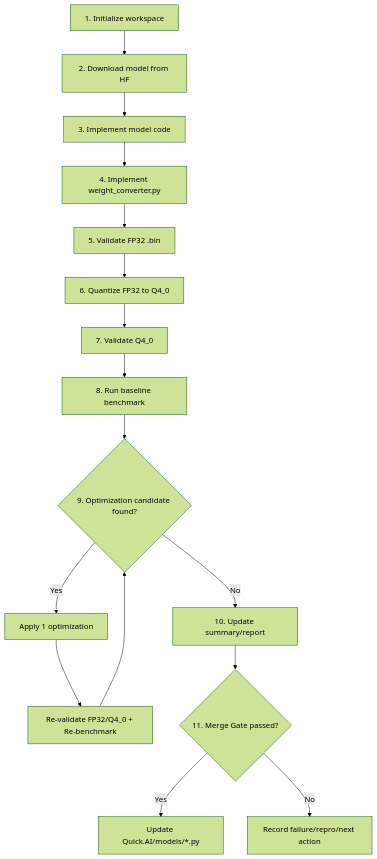
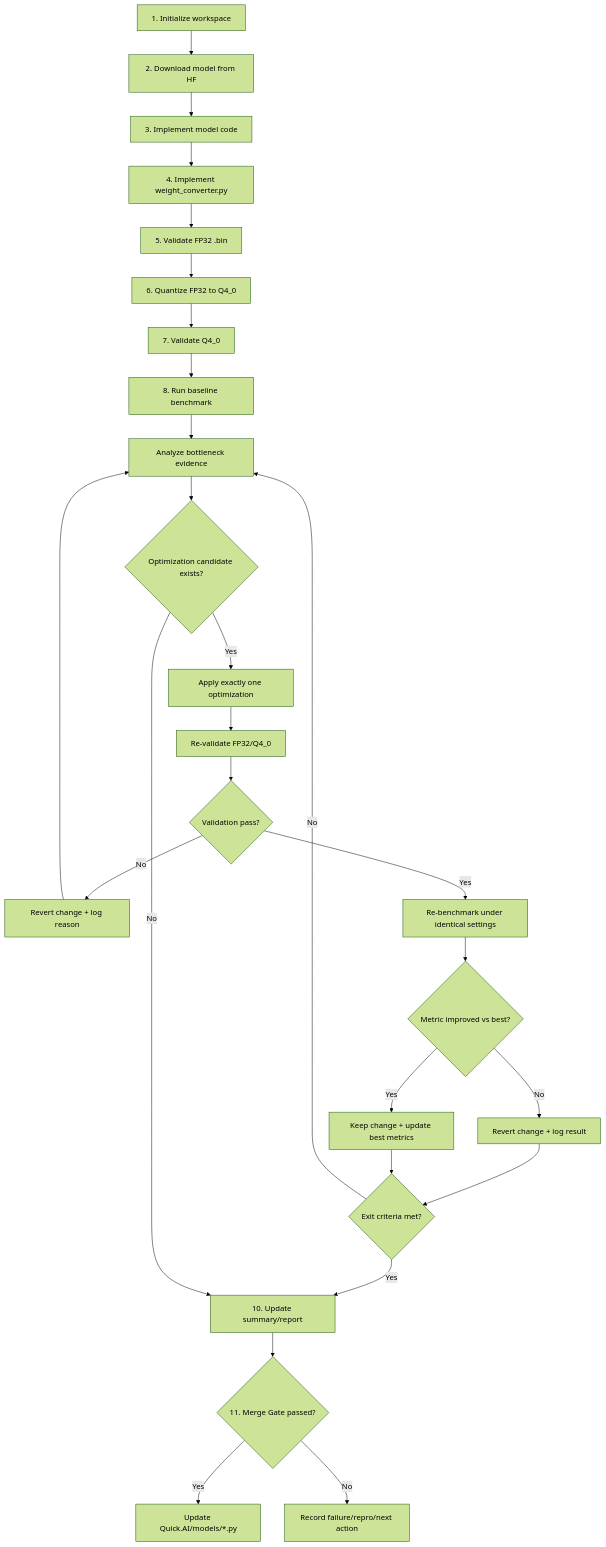
Before and after one commit to Jungwon-Lee/Quick.AI: the diagram in tools/model_onboarding_agent/AGENT_ROLE.md, drawn with Mermaid (forest theme). The commit also changed 1 other file, not shown here.

Commit message:
Update workflow visualization with detailed optimization loop

````diff
--- a/tools/model_onboarding_agent/AGENT_ROLE.md
+++ b/tools/model_onboarding_agent/AGENT_ROLE.md
@@ -216,18 +216,32 @@
 ```mermaid
 flowchart TD
     A[1. Initialize workspace] --> B[2. Download model from HF]
     B --> C[3. Implement model code]
     C --> D[4. Implement weight_converter.py]
     D --> E[5. Validate FP32 .bin]
     E --> F[6. Quantize FP32 to Q4_0]
     F --> G[7. Validate Q4_0]
+
     G --> H[8. Run baseline benchmark]
-    H --> I{9. Optimization candidate found?}
-    I -->|Yes| J[Apply 1 optimization]
-    J --> K[Re-validate FP32/Q4_0 + Re-benchmark]
-    K --> I
-    I -->|No| L[10. Update summary/report]
-    L --> M{11. Merge Gate passed?}
-    M -->|Yes| N[Update Quick.AI/models/*.py]
-    M -->|No| O[Record failure/repro/next action]
+    H --> I[Analyze bottleneck evidence]
+    I --> J{Optimization candidate exists?}
+
+    J -->|Yes| K[Apply exactly one optimization]
+    K --> L[Re-validate FP32/Q4_0]
+    L --> M{Validation pass?}
+    M -->|No| N[Revert change + log reason]
+    N --> I
+    M -->|Yes| O[Re-benchmark under identical settings]
+    O --> P{Metric improved vs best?}
+    P -->|No| Q[Revert change + log result]
+    Q --> R{Exit criteria met?}
+    P -->|Yes| S[Keep change + update best metrics]
+    S --> R
+    R -->|No| I
+    R -->|Yes| T[10. Update summary/report]
+
+    J -->|No| T
+    T --> U{11. Merge Gate passed?}
+    U -->|Yes| V[Update Quick.AI/models/*.py]
+    U -->|No| W[Record failure/repro/next action]
 ```
````
